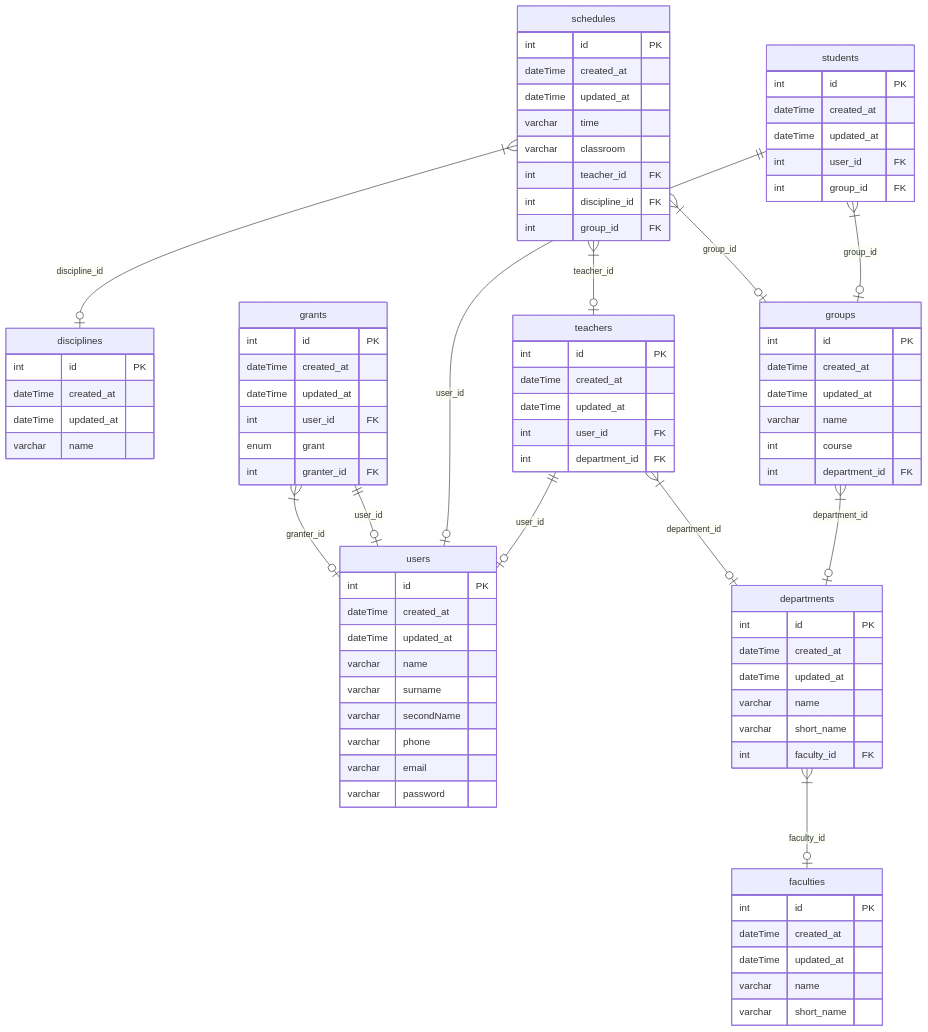
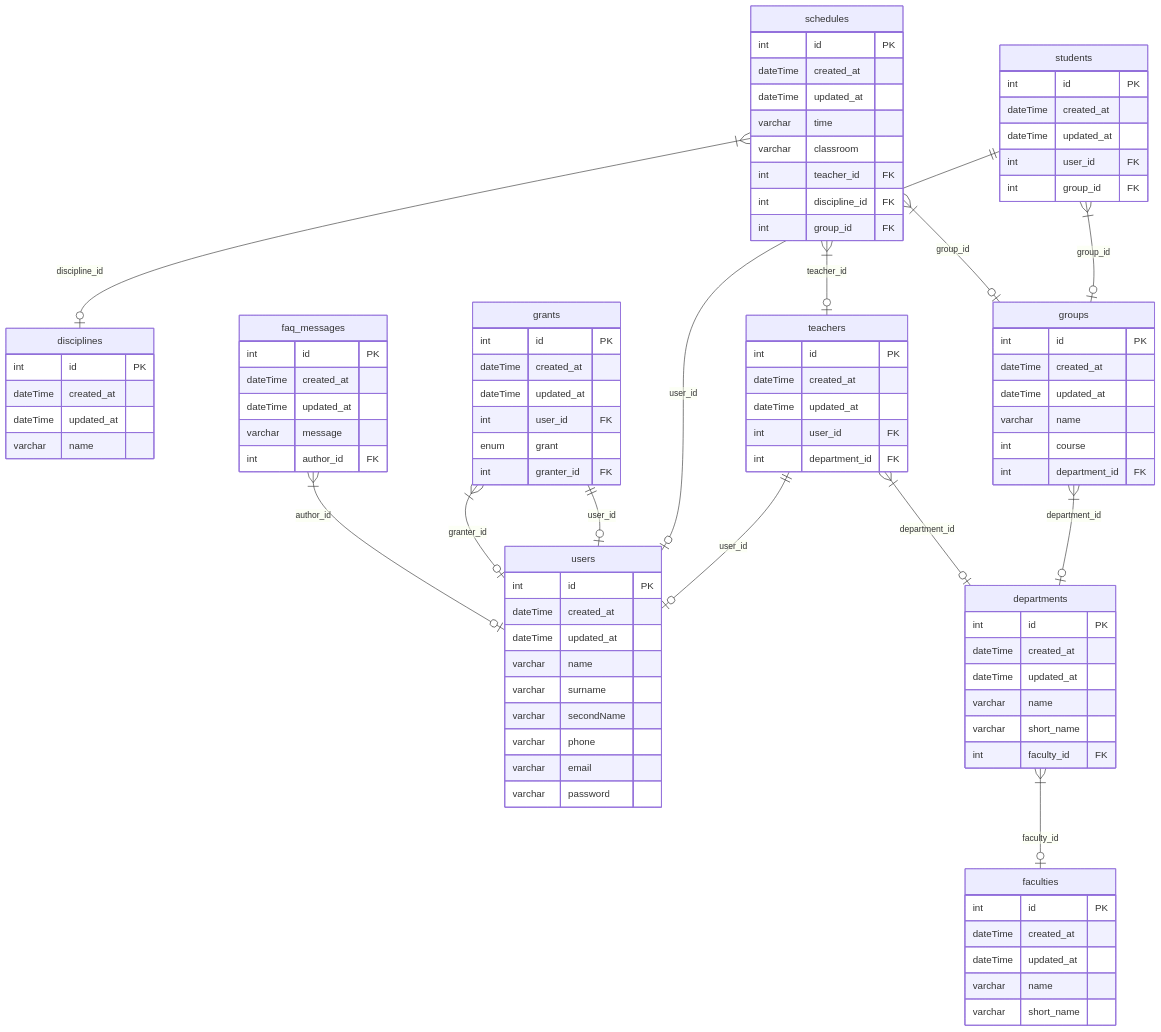
The diagram in README.md (Gr1ngoire/university-administrator), drawn with Mermaid before and after one commit. The commit also changed 22 other files, not shown here.

````diff
--- a/README.md
+++ b/README.md
@@ -99,4 +99,13 @@
     int granter_id FK
   }
 
+  faq_messages }|--o| users: author_id
+  faq_messages {
+    int id PK
+    dateTime created_at
+    dateTime updated_at
+    varchar message
+    int author_id FK
+  }
+
 ```
````
